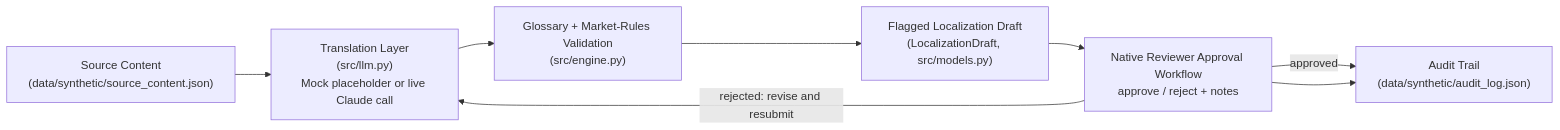
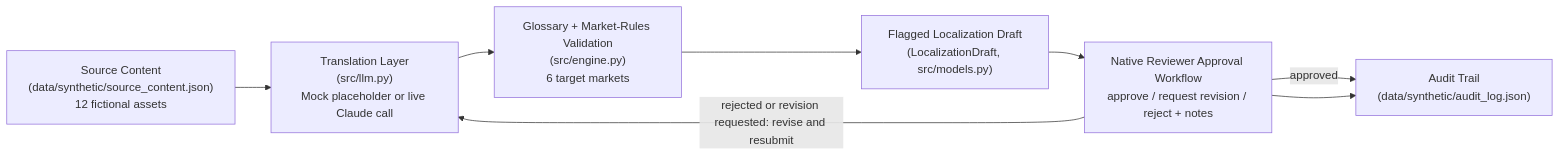
One commit to AshleyGross95/global-content-localization-agent changed the diagram in README.md. Above: the diagram before and after it, drawn with Mermaid. The commit also changed other lines of this file and 15 other files, not shown here.

````diff
--- a/README.md
+++ b/README.md
@@ -32,10 +88,10 @@
 ```mermaid
 flowchart LR
-    A["Source Content\n(data/synthetic/source_content.json)"] --> B["Translation Layer\n(src/llm.py)\nMock placeholder or live Claude call"]
-    B --> C["Glossary + Market-Rules Validation\n(src/engine.py)"]
+    A["Source Content\n(data/synthetic/source_content.json)\n12 fictional assets"] --> B["Translation Layer\n(src/llm.py)\nMock placeholder or live Claude call"]
+    B --> C["Glossary + Market-Rules Validation\n(src/engine.py)\n6 target markets"]
     C --> D["Flagged Localization Draft\n(LocalizationDraft, src/models.py)"]
-    D --> E["Native Reviewer Approval Workflow\napprove / reject + notes"]
+    D --> E["Native Reviewer Approval Workflow\napprove / request revision / reject + notes"]
     E -->|approved| F["Audit Trail\n(data/synthetic/audit_log.json)"]
-    E -->|rejected: revise and resubmit| B
+    E -->|rejected or revision requested: revise and resubmit| B
     E --> F
 ```
````
